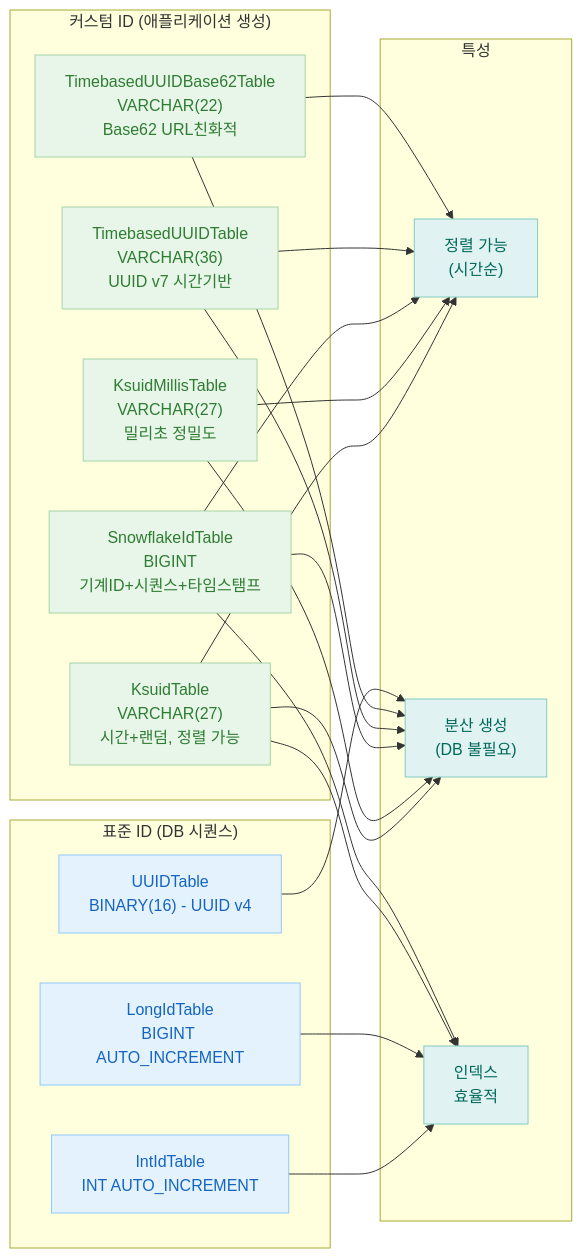
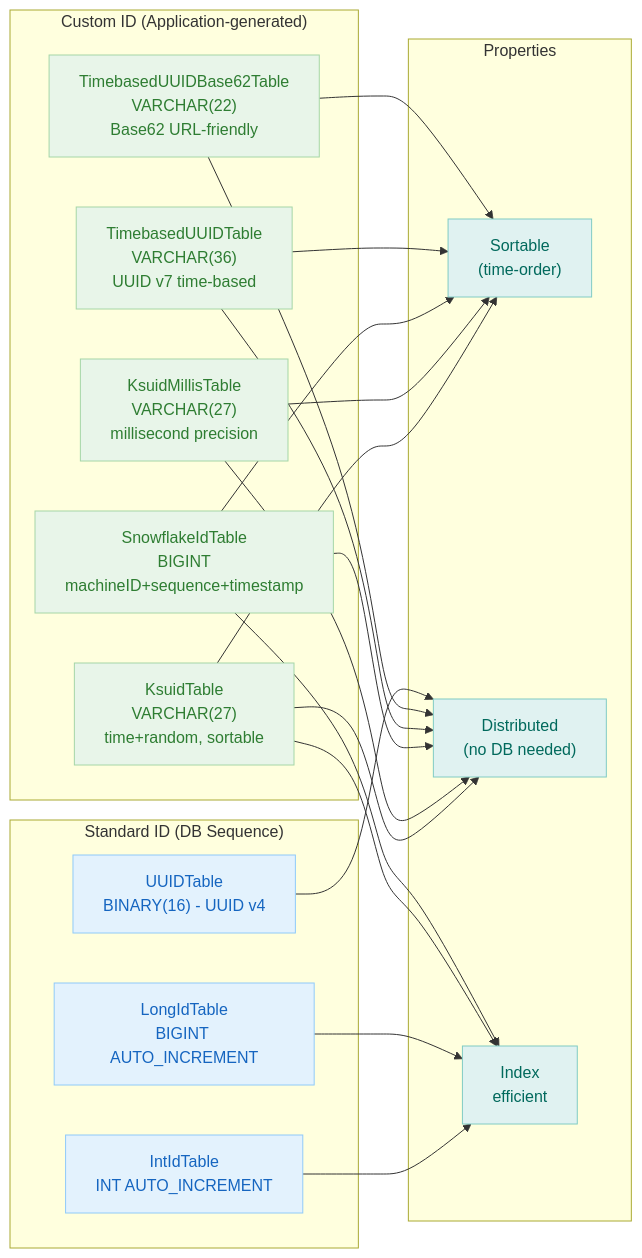
The second of 2 diagrams in 06-advanced/07-custom-entities/README.md (bluetape4k/exposed-workshop), drawn with Mermaid before and after one commit. The commit also changed other lines of this file and 115 other files, not shown here.

````diff
--- a/06-advanced/07-custom-entities/README.md
+++ b/06-advanced/07-custom-entities/README.md
@@ -74,34 +75,34 @@
 ```mermaid
 flowchart LR
-    subgraph Standard["표준 ID (DB 시퀀스)"]
+    subgraph Standard["Standard ID (DB Sequence)"]
         INT["IntIdTable\nINT AUTO_INCREMENT"]
         LONG["LongIdTable\nBIGINT AUTO_INCREMENT"]
         UUID4["UUIDTable\nBINARY(16) - UUID v4"]
     end
 
-    subgraph Custom["커스텀 ID (애플리케이션 생성)"]
-        KSUID["KsuidTable\nVARCHAR(27)\n시간+랜덤, 정렬 가능"]
-        KSUIDM["KsuidMillisTable\nVARCHAR(27)\n밀리초 정밀도"]
-        SNOW["SnowflakeIdTable\nBIGINT\n기계ID+시퀀스+타임스탬프"]
-        UUIDV7["TimebasedUUIDTable\nVARCHAR(36)\nUUID v7 시간기반"]
-        B62["TimebasedUUIDBase62Table\nVARCHAR(22)\nBase62 URL친화적"]
+    subgraph Custom["Custom ID (Application-generated)"]
+        KSUID["KsuidTable\nVARCHAR(27)\ntime+random, sortable"]
+        KSUIDM["KsuidMillisTable\nVARCHAR(27)\nmillisecond precision"]
+        SNOW["SnowflakeIdTable\nBIGINT\nmachineID+sequence+timestamp"]
+        UUIDV7["TimebasedUUIDTable\nVARCHAR(36)\nUUID v7 time-based"]
+        B62["TimebasedUUIDBase62Table\nVARCHAR(22)\nBase62 URL-friendly"]
     end
 
-    subgraph Props["특성"]
-        SORT["정렬 가능\n(시간순)"]
-        DIST["분산 생성\n(DB 불필요)"]
-        IDX["인덱스\n효율적"]
+    subgraph Props["Properties"]
+        SORT["Sortable\n(time-order)"]
+        DIST["Distributed\n(no DB needed)"]
+        IDX["Index\nefficient"]
     end
 
     KSUID & KSUIDM & SNOW & UUIDV7 & B62 --> SORT
     KSUID & KSUIDM & SNOW & UUIDV7 & B62 & UUID4 --> DIST
     INT & LONG & KSUID & SNOW --> IDX
 
     classDef blue fill:#E3F2FD,stroke:#90CAF9,color:#1565C0
     classDef green fill:#E8F5E9,stroke:#A5D6A7,color:#2E7D32
     classDef teal fill:#E0F2F1,stroke:#80CBC4,color:#00695C
 
     class INT,LONG,UUID4 blue
     class KSUID,KSUIDM,SNOW,UUIDV7,B62 green
     class SORT,DIST,IDX teal
 ```
````
